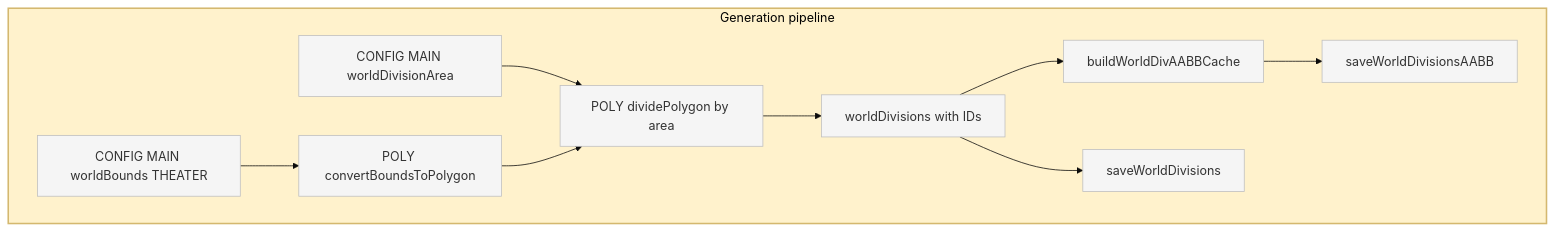
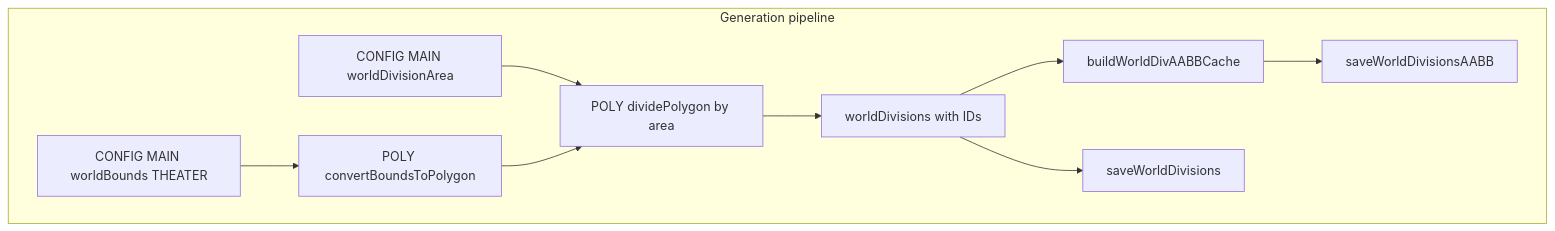
One commit to Gh0st352/AETHR changed the first of 3 diagrams in docs/config/world_bounds_and_divisions.md. Above: the diagram before and after it, drawn with Mermaid. The commit also changed other lines of this file and 8 other files, not shown here.

First line of the commit message:
docs(config): standardize Mermaid themes and class names

````diff
--- a/docs/config/world_bounds_and_divisions.md
+++ b/docs/config/world_bounds_and_divisions.md
@@ -31,17 +31,16 @@
 ```mermaid
-%%{init: {"theme":"base", "themeVariables":{"primaryColor":"#f5f5f5"}}}%%
+%% shared theme: docs/_mermaid/theme.json %%
 flowchart TB
   subgraph GEN_PIPE [Generation pipeline]
-    style GEN_PIPE fill:#fff2cc,stroke:#d4b86f,stroke-width:2px
     WB[CONFIG MAIN worldBounds THEATER] --> BP[POLY convertBoundsToPolygon]
     WDA[CONFIG MAIN worldDivisionArea] --> DP[POLY dividePolygon by area]
     BP --> DP
     DP --> DIVS[worldDivisions with IDs]
     DIVS --> AABB[buildWorldDivAABBCache]
     DIVS --> SAVE[saveWorldDivisions]
     AABB --> SAVE_AABB[saveWorldDivisionsAABB]
   end
 
-  classDef node fill:#f5f5f5,stroke:#bfbfbf,stroke-width:1px
+  classDef node class_node
   class WB,BP,WDA,DP,DIVS,AABB,SAVE,SAVE_AABB node
 ```
````
